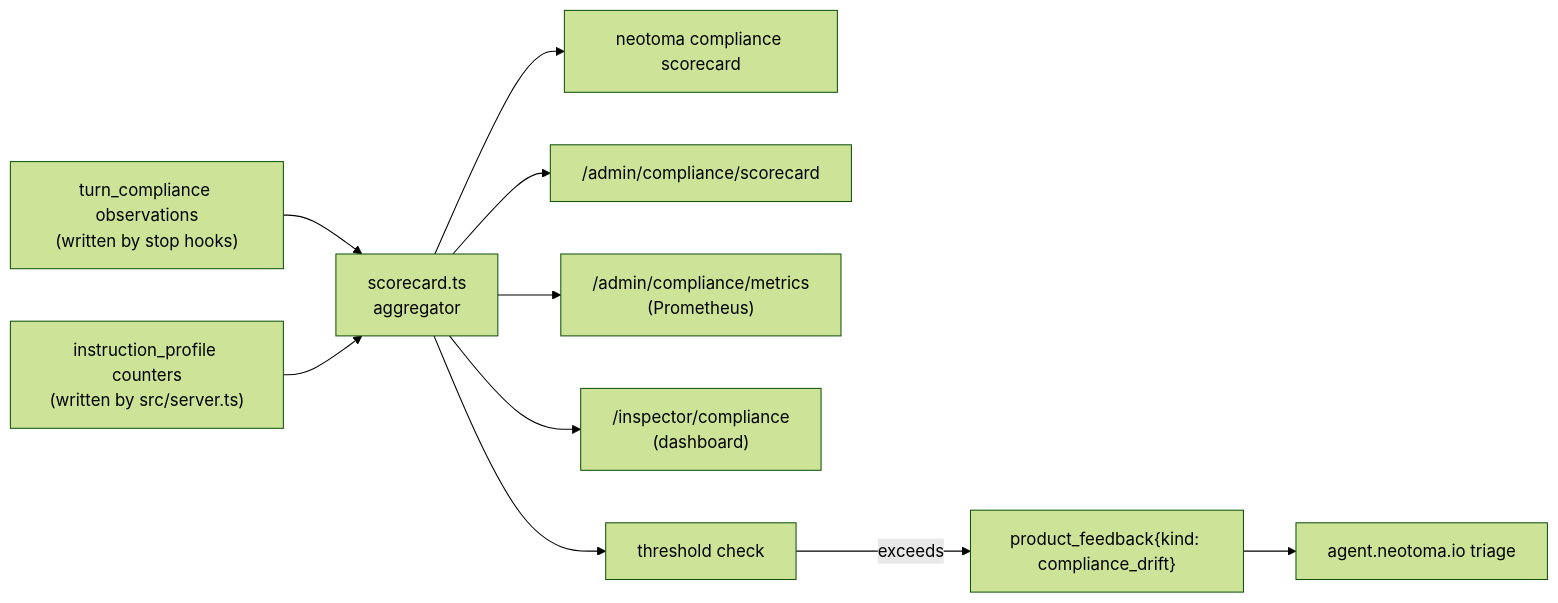
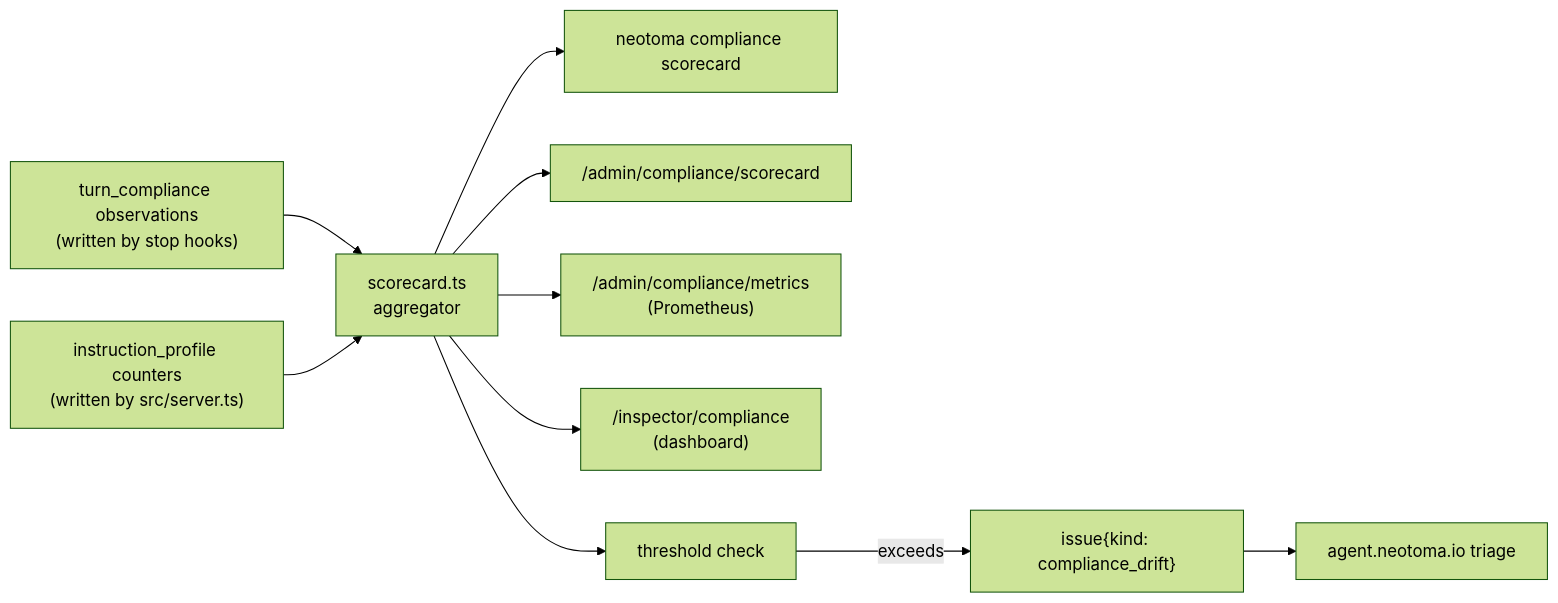
One commit to markmhendrickson/neotoma changed the diagram in .cursor/plans/agentic_eval_tier3_compliance_scorecard_2a6b4c0e.plan.md. Above: the diagram before and after it, drawn with Mermaid (forest theme). The commit also changed other lines of this file and 4251 other files, not shown here.

````diff
--- a/.cursor/plans/agentic_eval_tier3_compliance_scorecard_2a6b4c0e.plan.md
+++ b/.cursor/plans/agentic_eval_tier3_compliance_scorecard_2a6b4c0e.plan.md
@@ -67,12 +67,12 @@
 ```mermaid
 flowchart LR
     Obs["turn_compliance observations\n(written by stop hooks)"] --> Agg["scorecard.ts\naggregator"]
     Stat["instruction_profile counters\n(written by src/server.ts)"] --> Agg
     Agg --> CLI["neotoma compliance scorecard"]
     Agg --> HTTP["/admin/compliance/scorecard"]
     Agg --> Prom["/admin/compliance/metrics\n(Prometheus)"]
     Agg --> Insp["/inspector/compliance\n(dashboard)"]
     Agg --> Alert["threshold check"]
-    Alert -->|exceeds| Fb["product_feedback{kind: compliance_drift}"]
+    Alert -->|exceeds| Fb["issue{kind: compliance_drift}"]
     Fb --> AgentSite["agent.neotoma.io triage"]
 ```
````
